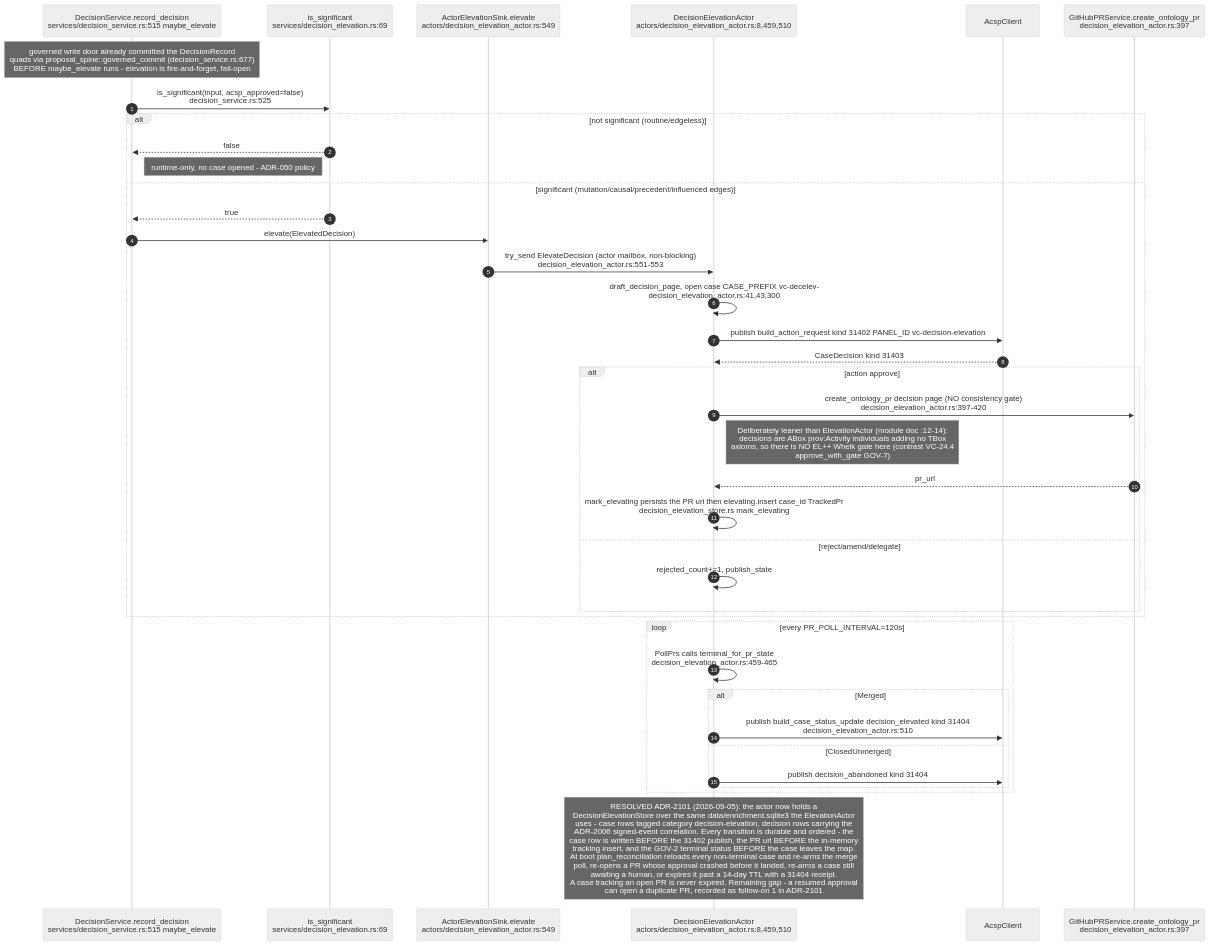
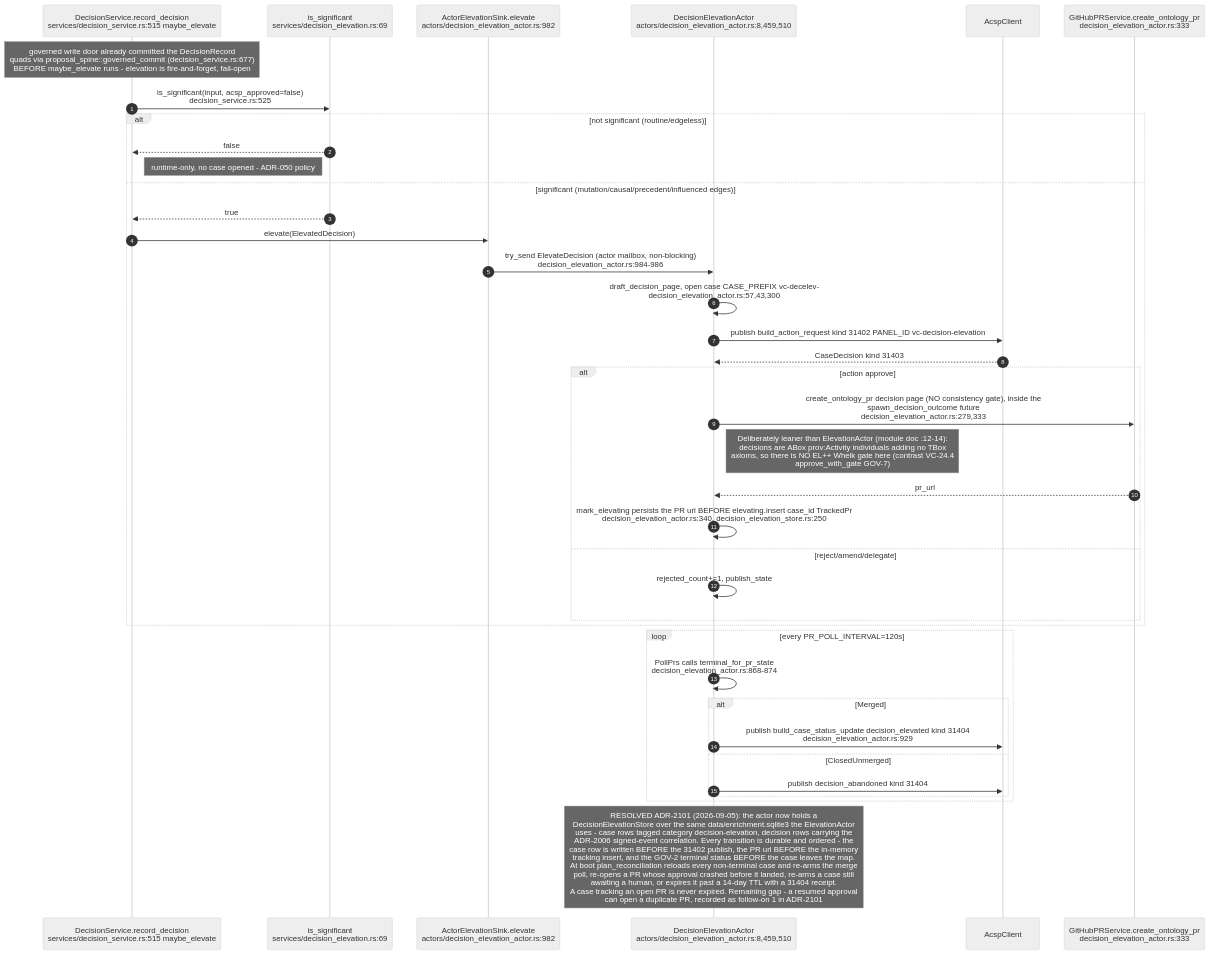
Before and after one commit to DreamLab-AI/AR-AI-Knowledge-Graph: the sixth of 11 diagrams in docs/diagrams/visionclaw/24-acsp-decision-elevation.md, drawn with Mermaid (neutral theme). The commit also changed other lines of this file and 73 other files, not shown here.

First line of the commit message:
docs(diagrams): re-verify all 71 topic files against HEAD; add --cite-check

````diff
--- a/docs/diagrams/visionclaw/24-acsp-decision-elevation.md
+++ b/docs/diagrams/visionclaw/24-acsp-decision-elevation.md
@@ -222,40 +223,40 @@
 ```mermaid
 sequenceDiagram
     autonumber
     participant DS as DecisionService.record_decision<br/>services/decision_service.rs:515 maybe_elevate
     participant SIG as is_significant<br/>services/decision_elevation.rs:69
-    participant SINK as ActorElevationSink.elevate<br/>actors/decision_elevation_actor.rs:549
+    participant SINK as ActorElevationSink.elevate<br/>actors/decision_elevation_actor.rs:982
     participant DEA as DecisionElevationActor<br/>actors/decision_elevation_actor.rs:8,459,510
     participant ACSP as AcspClient
-    participant GH as GitHubPRService.create_ontology_pr<br/>decision_elevation_actor.rs:397
+    participant GH as GitHubPRService.create_ontology_pr<br/>decision_elevation_actor.rs:333
     Note over DS: governed write door already committed the DecisionRecord<br/>quads via proposal_spine::governed_commit (decision_service.rs:677)<br/>BEFORE maybe_elevate runs - elevation is fire-and-forget, fail-open
     DS->>SIG: is_significant(input, acsp_approved=false)<br/>decision_service.rs:525
     alt not significant (routine/edgeless)
         SIG-->>DS: false
         Note right of DS: runtime-only, no case opened - ADR-050 policy
     else significant (mutation/causal/precedent/influenced edges)
         SIG-->>DS: true
         DS->>SINK: elevate(ElevatedDecision)
-        SINK->>DEA: try_send ElevateDecision (actor mailbox, non-blocking)<br/>decision_elevation_actor.rs:551-553
-        DEA->>DEA: draft_decision_page, open case CASE_PREFIX vc-decelev-<br/>decision_elevation_actor.rs:41,43,300
+        SINK->>DEA: try_send ElevateDecision (actor mailbox, non-blocking)<br/>decision_elevation_actor.rs:984-986
+        DEA->>DEA: draft_decision_page, open case CASE_PREFIX vc-decelev-<br/>decision_elevation_actor.rs:57,43,300
         DEA->>ACSP: publish build_action_request kind 31402 PANEL_ID vc-decision-elevation
         ACSP-->>DEA: CaseDecision kind 31403
         alt action approve
-            DEA->>GH: create_ontology_pr decision page (NO consistency gate)<br/>decision_elevation_actor.rs:397-420
+            DEA->>GH: create_ontology_pr decision page (NO consistency gate), inside the<br/>spawn_decision_outcome future<br/>decision_elevation_actor.rs:279,333
             Note right of DEA: Deliberately leaner than ElevationActor (module doc :12-14):<br/>decisions are ABox prov:Activity individuals adding no TBox<br/>axioms, so there is NO EL++ Whelk gate here (contrast VC-24.4<br/>approve_with_gate GOV-7)
             GH-->>DEA: pr_url
-            DEA->>DEA: mark_elevating persists the PR url then elevating.insert case_id TrackedPr<br/>decision_elevation_store.rs mark_elevating
+            DEA->>DEA: mark_elevating persists the PR url BEFORE elevating.insert case_id TrackedPr<br/>decision_elevation_actor.rs:340, decision_elevation_store.rs:250
         else reject/amend/delegate
             DEA->>DEA: rejected_count+=1, publish_state
         end
     end
     loop every PR_POLL_INTERVAL=120s
-        DEA->>DEA: PollPrs calls terminal_for_pr_state<br/>decision_elevation_actor.rs:459-465
+        DEA->>DEA: PollPrs calls terminal_for_pr_state<br/>decision_elevation_actor.rs:868-874
         alt Merged
-            DEA->>ACSP: publish build_case_status_update decision_elevated kind 31404<br/>decision_elevation_actor.rs:510
+            DEA->>ACSP: publish build_case_status_update decision_elevated kind 31404<br/>decision_elevation_actor.rs:929
         else ClosedUnmerged
             DEA->>ACSP: publish decision_abandoned kind 31404
         end
     end
     Note over DEA: RESOLVED ADR-2101 (2026-09-05): the actor now holds a<br/>DecisionElevationStore over the same data/enrichment.sqlite3 the ElevationActor<br/>uses - case rows tagged category decision-elevation, decision rows carrying the<br/>ADR-2006 signed-event correlation. Every transition is durable and ordered - the<br/>case row is written BEFORE the 31402 publish, the PR url BEFORE the in-memory<br/>tracking insert, and the GOV-2 terminal status BEFORE the case leaves the map.<br/>At boot plan_reconciliation reloads every non-terminal case and re-arms the merge<br/>poll, re-opens a PR whose approval crashed before it landed, re-arms a case still<br/>awaiting a human, or expires it past a 14-day TTL with a 31404 receipt.<br/>A case tracking an open PR is never expired. Remaining gap - a resumed approval<br/>can open a duplicate PR, recorded as follow-on 1 in ADR-2101
 ```
````
